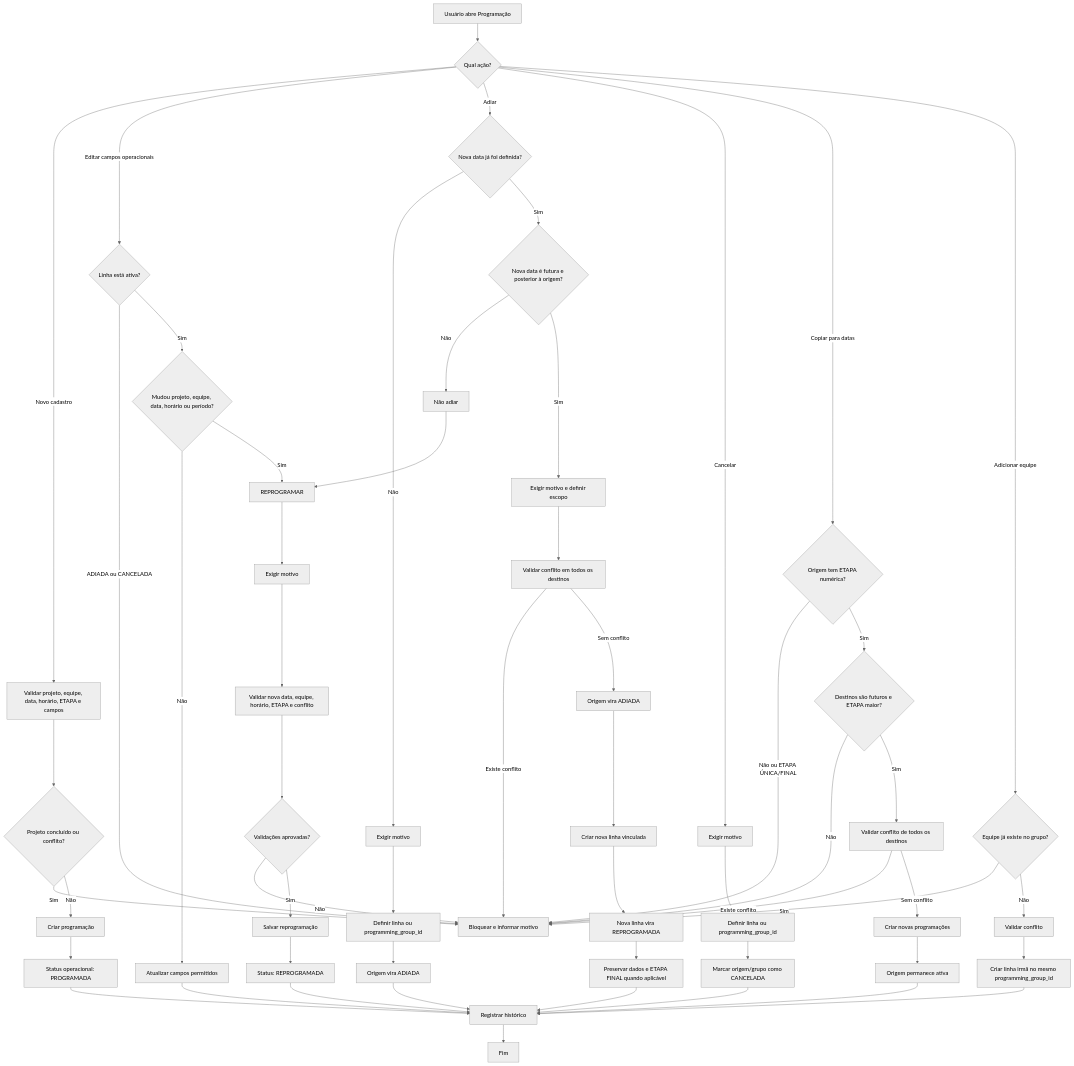
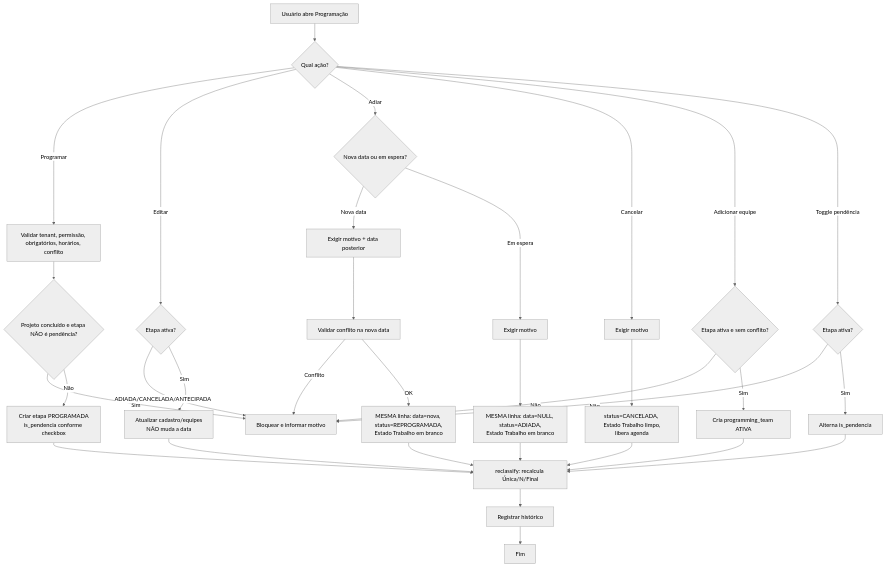
Before and after one commit to fabriciogama26/Indica-controle: the first of 2 diagrams in docs/planejamento/Fluxo_Programacao.md, drawn with Mermaid (neutral theme). The commit also changed other lines of this file and 24 other files, not shown here.

````diff
--- a/docs/planejamento/Fluxo_Programacao.md
+++ b/docs/planejamento/Fluxo_Programacao.md
@@ -540,68 +199,41 @@
 ```mermaid
 flowchart TD
     A[Usuário abre Programação] --> B{Qual ação?}
 
-    B -->|Novo cadastro| C[Validar projeto, equipe, data, horário, ETAPA e campos]
-    C --> C1{Projeto concluído ou conflito?}
+    B -->|Programar| C[Validar tenant, permissão, obrigatórios, horários, conflito]
+    C --> C1{Projeto concluído e etapa NÃO é pendência?}
     C1 -->|Sim| X[Bloquear e informar motivo]
-    C1 -->|Não| C2[Criar programação]
-    C2 --> C3[Status operacional: PROGRAMADA]
-    C3 --> H[Registrar histórico]
+    C1 -->|Não| C2[Criar etapa PROGRAMADA<br/>is_pendencia conforme checkbox]
+    C2 --> R[reclassify: recalcula Única/N/Final]
+    R --> H[Registrar histórico]
     H --> Z[Fim]
 
-    B -->|Editar campos operacionais| D{Linha está ativa?}
-    D -->|ADIADA ou CANCELADA| X
-    D -->|Sim| D1{Mudou projeto, equipe, data, horário ou período?}
-    D1 -->|Não| D2[Atualizar campos permitidos]
-    D2 --> H
+    B -->|Editar| D{Etapa ativa?}
+    D -->|ADIADA/CANCELADA/ANTECIPADA| X
+    D -->|Sim| D1[Atualizar cadastro/equipes<br/>NÃO muda a data]
+    D1 --> R
 
-    D1 -->|Sim| E[REPROGRAMAR]
-    E --> E1[Exigir motivo]
-    E1 --> E2[Validar nova data, equipe, horário, ETAPA e conflito]
-    E2 --> E3{Validações aprovadas?}
-    E3 -->|Não| X
-    E3 -->|Sim| E4[Salvar reprogramação]
-    E4 --> E5[Status: REPROGRAMADA]
-    E5 --> H
-
-    B -->|Adiar| F{Nova data já foi definida?}
-
-    F -->|Não| F1[Exigir motivo]
-    F1 --> F2[Definir linha ou programming_group_id]
-    F2 --> F3[Origem vira ADIADA]
-    F3 --> H
-
-    F -->|Sim| G{Nova data é futura e posterior à origem?}
-    G -->|Não| G1[Não adiar]
-    G1 --> E
-
-    G -->|Sim| G2[Exigir motivo e definir escopo]
-    G2 --> G3[Validar conflito em todos os destinos]
-    G3 -->|Existe conflito| X
-    G3 -->|Sem conflito| G4[Origem vira ADIADA]
-    G4 --> G5[Criar nova linha vinculada]
-    G5 --> G6[Nova linha vira REPROGRAMADA]
-    G6 --> G7[Preservar dados e ETAPA FINAL quando aplicável]
-    G7 --> H
+    B -->|Adiar| F{Nova data ou em espera?}
+    F -->|Nova data| F1[Exigir motivo + data posterior]
+    F1 --> F2[Validar conflito na nova data]
+    F2 -->|Conflito| X
+    F2 -->|OK| F3[MESMA linha: data=nova, status=REPROGRAMADA,<br/>Estado Trabalho em branco]
+    F3 --> R
+    F -->|Em espera| F4[Exigir motivo]
+    F4 --> F5[MESMA linha: data=NULL, status=ADIADA,<br/>Estado Trabalho em branco]
+    F5 --> R
 
     B -->|Cancelar| I[Exigir motivo]
-    I --> I1[Definir linha ou programming_group_id]
-    I1 --> I2[Marcar origem/grupo como CANCELADA]
-    I2 --> H
+    I --> I1[status=CANCELADA, Estado Trabalho limpo,<br/>libera agenda]
+    I1 --> R
 
-    B -->|Copiar para datas| J{Origem tem ETAPA numérica?}
-    J -->|Não ou ETAPA ÚNICA/FINAL| X
-    J -->|Sim| J1{Destinos são futuros e ETAPA maior?}
-    J1 -->|Não| X
-    J1 -->|Sim| J2[Validar conflito de todos os destinos]
-    J2 -->|Existe conflito| X
-    J2 -->|Sem conflito| J3[Criar novas programações]
-    J3 --> J4[Origem permanece ativa]
-    J4 --> H
+    B -->|Adicionar equipe| K{Etapa ativa e sem conflito?}
+    K -->|Não| X
+    K -->|Sim| K1[Cria programming_team ATIVA]
+    K1 --> R
 
-    B -->|Adicionar equipe| K{Equipe já existe no grupo?}
-    K -->|Sim| X
-    K -->|Não| K1[Validar conflito]
-    K1 --> K2[Criar linha irmã no mesmo programming_group_id]
-    K2 --> H
+    B -->|Toggle pendência| P{Etapa ativa?}
+    P -->|Não| X
+    P -->|Sim| P1[Alterna is_pendencia]
+    P1 --> R
 ```
````
